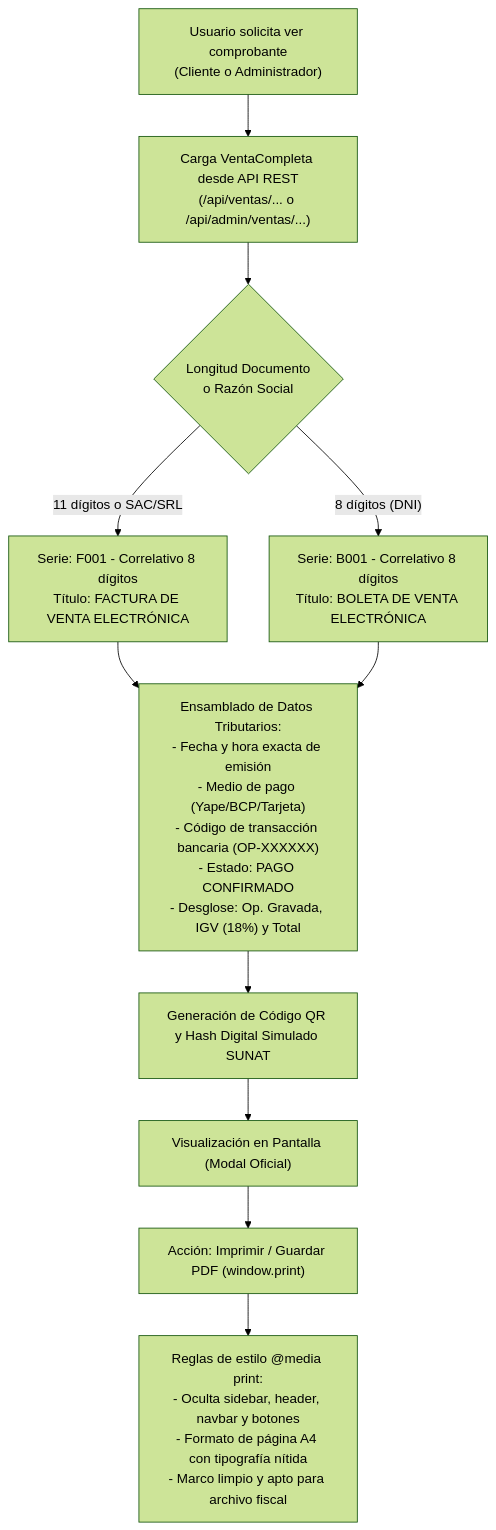
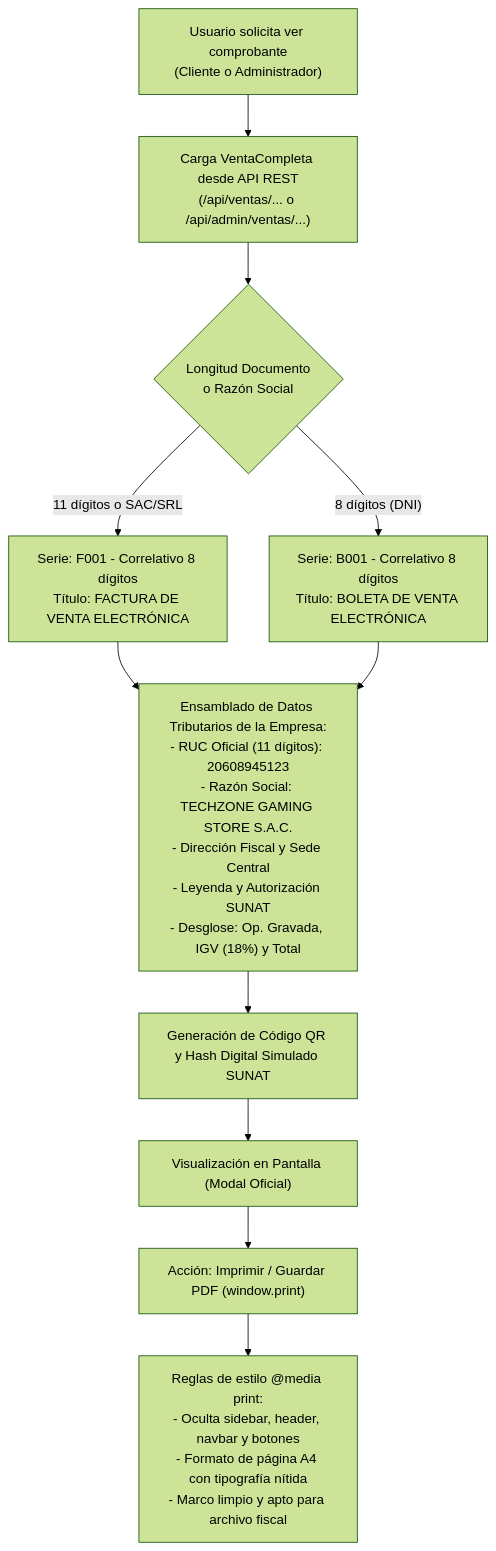
One commit to MrCarlos17A/TechZone changed the fourth of 9 diagrams in README.md. Above: the diagram before and after it, drawn with Mermaid (forest theme). The commit also changed other lines of this file, not shown here.

````diff
--- a/README.md
+++ b/README.md
@@ -200,17 +216,17 @@
 ```mermaid
 flowchart TD
     TRIGGER["Usuario solicita ver comprobante<br/>(Cliente o Administrador)"] --> FETCH["Carga VentaCompleta desde API REST<br/>(/api/ventas/... o /api/admin/ventas/...)"]
     
     FETCH --> VALIDATE{"Longitud Documento<br/>o Razón Social"}
     VALIDATE -- "11 dígitos o SAC/SRL" --> FACTURA["Serie: F001 - Correlativo 8 dígitos<br/>Título: FACTURA DE VENTA ELECTRÓNICA"]
     VALIDATE -- "8 dígitos (DNI)" --> BOLETA["Serie: B001 - Correlativo 8 dígitos<br/>Título: BOLETA DE VENTA ELECTRÓNICA"]
     
-    FACTURA --> ASSEMBLE["Ensamblado de Datos Tributarios:<br/>- Fecha y hora exacta de emisión<br/>- Medio de pago (Yape/BCP/Tarjeta)<br/>- Código de transacción bancaria (OP-XXXXXX)<br/>- Estado: PAGO CONFIRMADO<br/>- Desglose: Op. Gravada, IGV (18%) y Total"]
+    FACTURA --> ASSEMBLE["Ensamblado de Datos Tributarios de la Empresa:<br/>- RUC Oficial (11 dígitos): 20608945123<br/>- Razón Social: TECHZONE GAMING STORE S.A.C.<br/>- Dirección Fiscal y Sede Central<br/>- Leyenda y Autorización SUNAT<br/>- Desglose: Op. Gravada, IGV (18%) y Total"]
     BOLETA --> ASSEMBLE
     
     ASSEMBLE --> SEC["Generación de Código QR y Hash Digital Simulado SUNAT"]
     SEC --> MODAL["Visualización en Pantalla (Modal Oficial)"]
     
     MODAL --> PRINT["Acción: Imprimir / Guardar PDF (window.print)"]
     PRINT --> CSS["Reglas de estilo @media print:<br/>- Oculta sidebar, header, navbar y botones<br/>- Formato de página A4 con tipografía nítida<br/>- Marco limpio y apto para archivo fiscal"]
 ```
````
